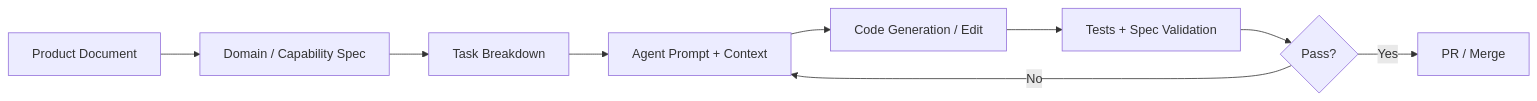
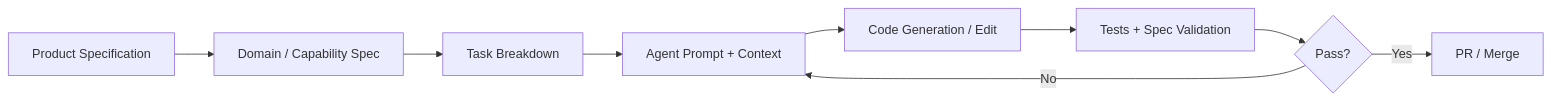
The eighth of 8 diagrams in docs/system/PRODUCT_SPECIFICATION.md (d-dragon/dp-stock-investment-assistant), drawn with Mermaid before and after one commit. The commit also changed other lines of this file and 11 other files, not shown here.

````diff
--- a/docs/system/PRODUCT_SPECIFICATION.md
+++ b/docs/system/PRODUCT_SPECIFICATION.md
@@ -664,11 +705,11 @@
 ```mermaid
 flowchart LR
-    A[Product Document] --> B[Domain / Capability Spec]
+    A[Product Specification] --> B[Domain / Capability Spec]
     B --> C[Task Breakdown]
     C --> D[Agent Prompt + Context]
     D --> E[Code Generation / Edit]
     E --> F[Tests + Spec Validation]
     F --> G{Pass?}
     G -->|Yes| H[PR / Merge]
     G -->|No| D
 ```
````
